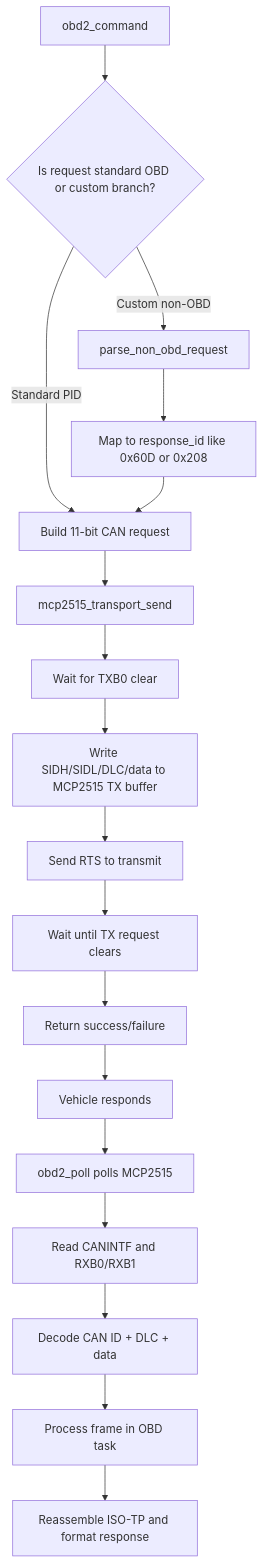
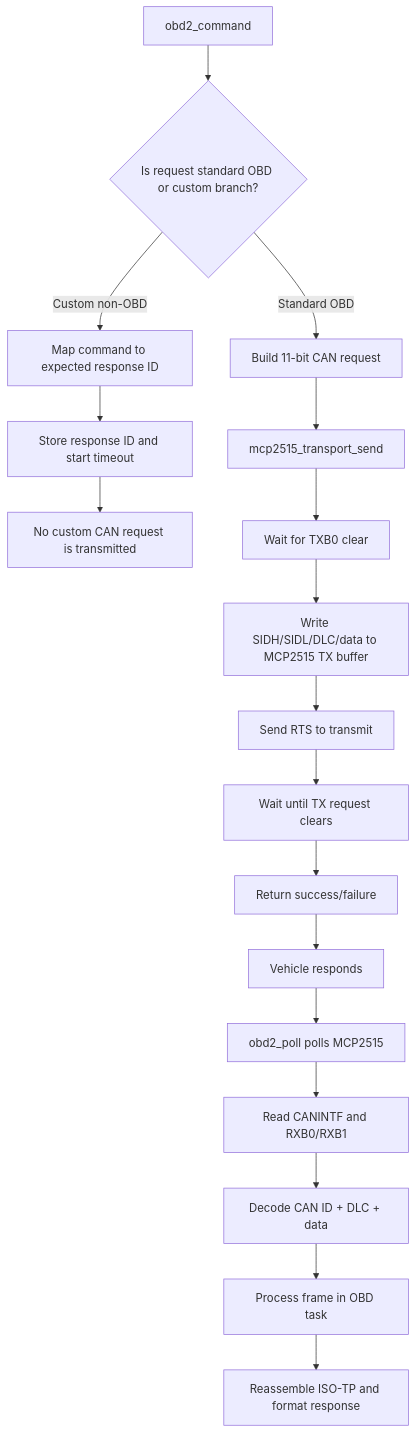
Before and after one commit to ASTI-ITS/ITS-test: the fifth of 7 diagrams in OBD_BLE_FreeRTOS_C/flowchart.md, drawn with Mermaid. The commit also changed other lines of this file, not shown here.

Commit message:
updated flowchart_included non OBD process

````diff
--- a/OBD_BLE_FreeRTOS_C/flowchart.md
+++ b/OBD_BLE_FreeRTOS_C/flowchart.md
@@ -106,21 +106,21 @@
 ```mermaid
 graph TD
     A[obd2_command] --> B{Is request standard OBD or custom branch?}
-    B -- Standard PID --> C[Build 11-bit CAN request]
-    B -- Custom non-OBD --> D[parse_non_obd_request]
-    D --> E[Map to response_id like 0x60D or 0x208]
-    E --> C
+    B -- Standard OBD --> C[Build 11-bit CAN request]
+    B -- Custom non-OBD --> D[Map command to expected response ID]
+    D --> E[Store response ID and start timeout]
+    E --> X[No custom CAN request is transmitted]
     C --> F[mcp2515_transport_send]
     F --> G[Wait for TXB0 clear]
     G --> H[Write SIDH/SIDL/DLC/data to MCP2515 TX buffer]
     H --> I[Send RTS to transmit]
     I --> J[Wait until TX request clears]
     J --> K[Return success/failure]
 
     K --> L[Vehicle responds]
     L --> M[obd2_poll polls MCP2515]
     M --> N[Read CANINTF and RXB0/RXB1]
     N --> O[Decode CAN ID + DLC + data]
     O --> P[Process frame in OBD task]
     P --> Q[Reassemble ISO-TP and format response]
 ```
````
